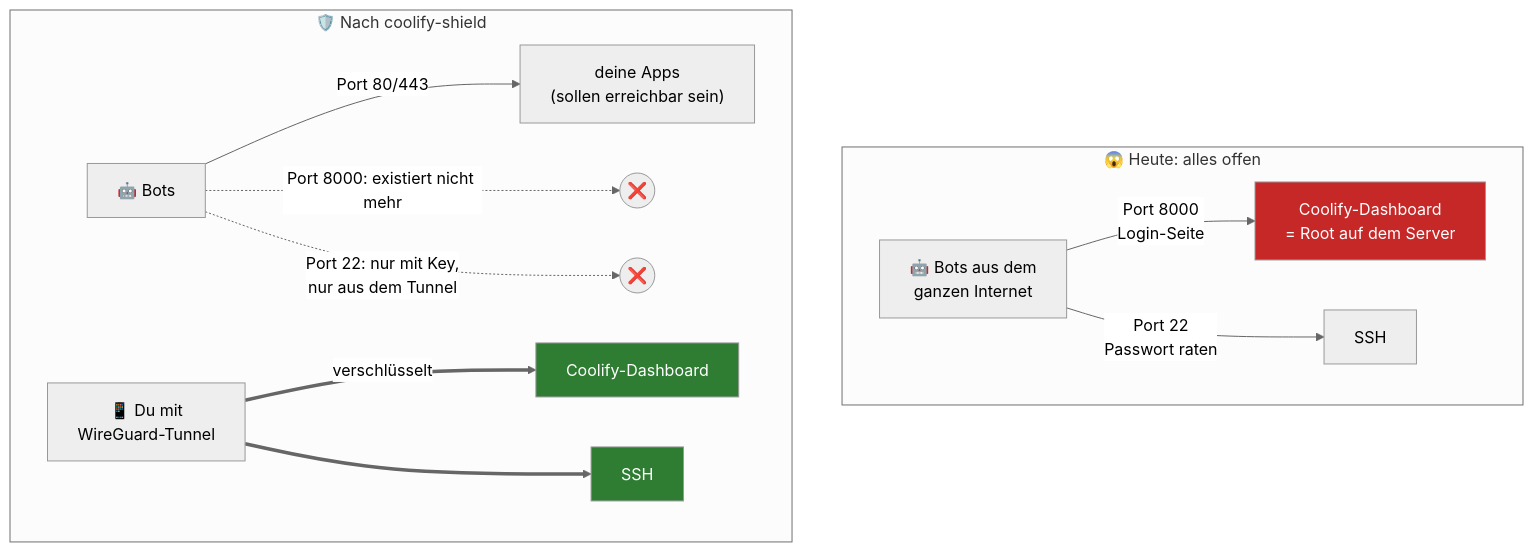
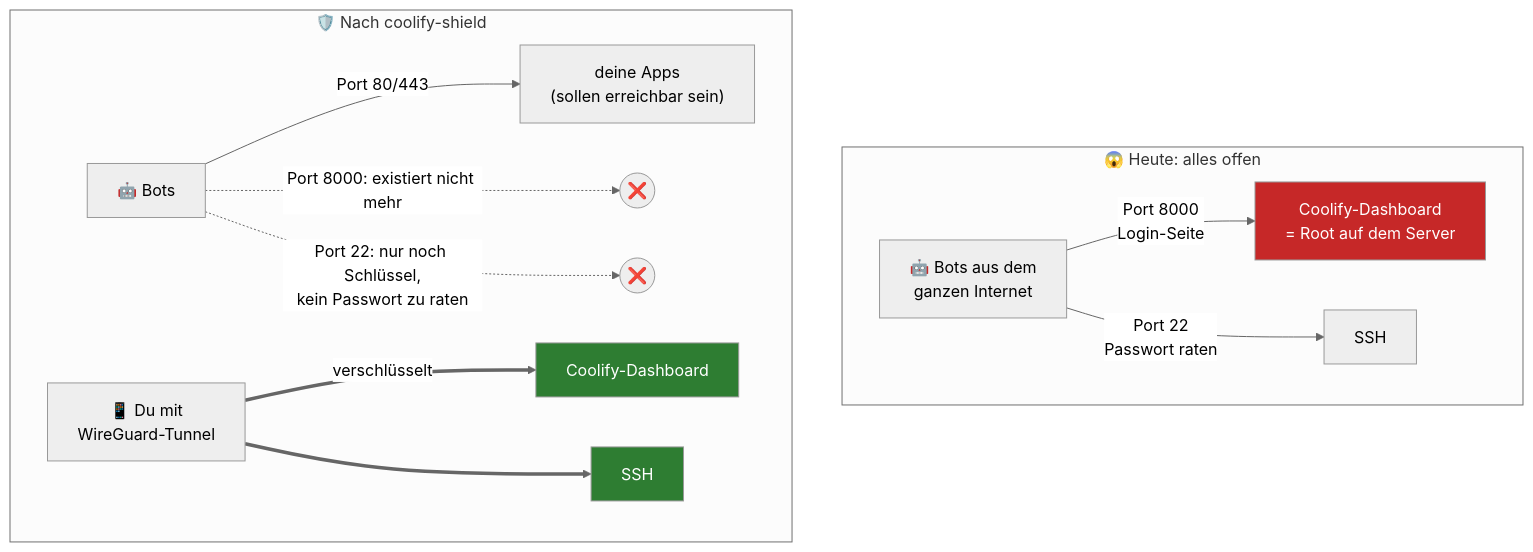
Before and after one commit to oliverhees/coolify-shield: the first of 5 diagrams in README.md, drawn with Mermaid (neutral theme). The commit also changed other lines of this file and 1 other file, not shown here.

````diff
--- a/README.md
+++ b/README.md
@@ -66,19 +66,19 @@
 ```mermaid
 flowchart TB
     subgraph heute["😱 Heute: alles offen"]
         direction LR
         B1["🤖 Bots aus dem<br/>ganzen Internet"] -->|"Port 8000<br/>Login-Seite"| D1["Coolify-Dashboard<br/>= Root auf dem Server"]
         B1 -->|"Port 22<br/>Passwort raten"| S1["SSH"]
     end
     subgraph danach["🛡️ Nach coolify-shield"]
         direction LR
         B2["🤖 Bots"] -->|"Port 80/443"| W2["deine Apps<br/>(sollen erreichbar sein)"]
         B2 -.->|"Port 8000: existiert nicht mehr"| X2(("❌"))
-        B2 -.->|"Port 22: nur mit Key,<br/>nur aus dem Tunnel"| X3(("❌"))
+        B2 -.->|"Port 22: nur noch Schlüssel,<br/>kein Passwort zu raten"| X3(("❌"))
         DU["📱 Du mit<br/>WireGuard-Tunnel"] ==>|"verschlüsselt"| D2["Coolify-Dashboard"]
         DU ==> S2["SSH"]
     end
     style D1 fill:#c62828,color:#fff
     style D2 fill:#2e7d32,color:#fff
     style S2 fill:#2e7d32,color:#fff
 ```
````
